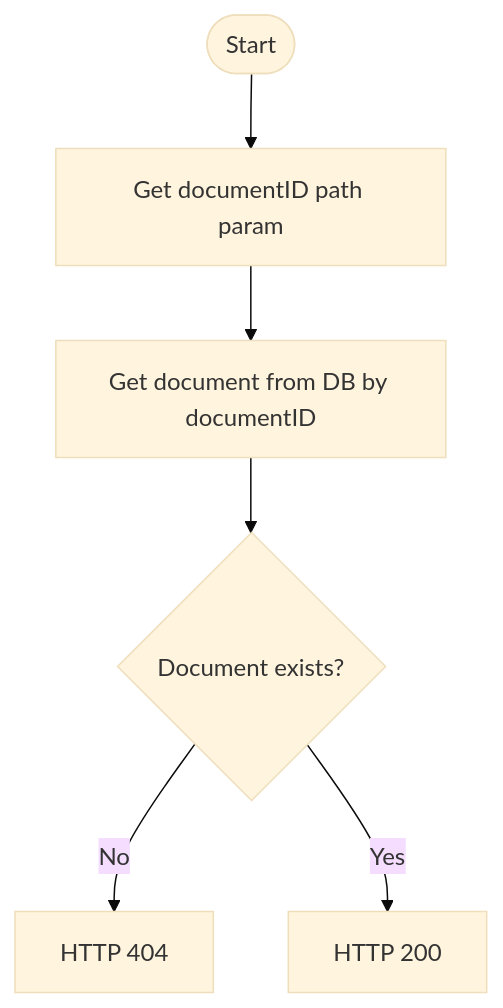
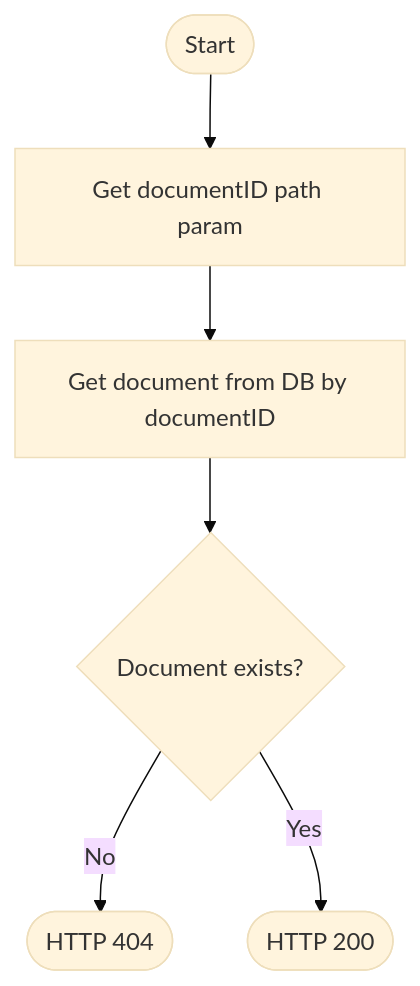
Before and after one commit to gran-software-solutions/blog: the second of 2 diagrams in blog/2023-03-21-concurrency-in-rest-apis/index.mdx, drawn with Mermaid (base theme). The commit also changed other lines of this file, not shown here.

````diff
--- a/blog/2023-03-21-concurrency-in-rest-apis/index.mdx
+++ b/blog/2023-03-21-concurrency-in-rest-apis/index.mdx
@@ -117,8 +117,8 @@
 ```mermaid
 flowchart TD
     A([Start]) --> B[Get documentID path param]
     B --> C[Get document from DB by documentID]
     C --> D{Document exists?}
-    D -- No --> E[HTTP 404]
-    D -- Yes --> F[HTTP 200]
+    D -- No --> E([HTTP 404])
+    D -- Yes --> F([HTTP 200])
 ```
````
